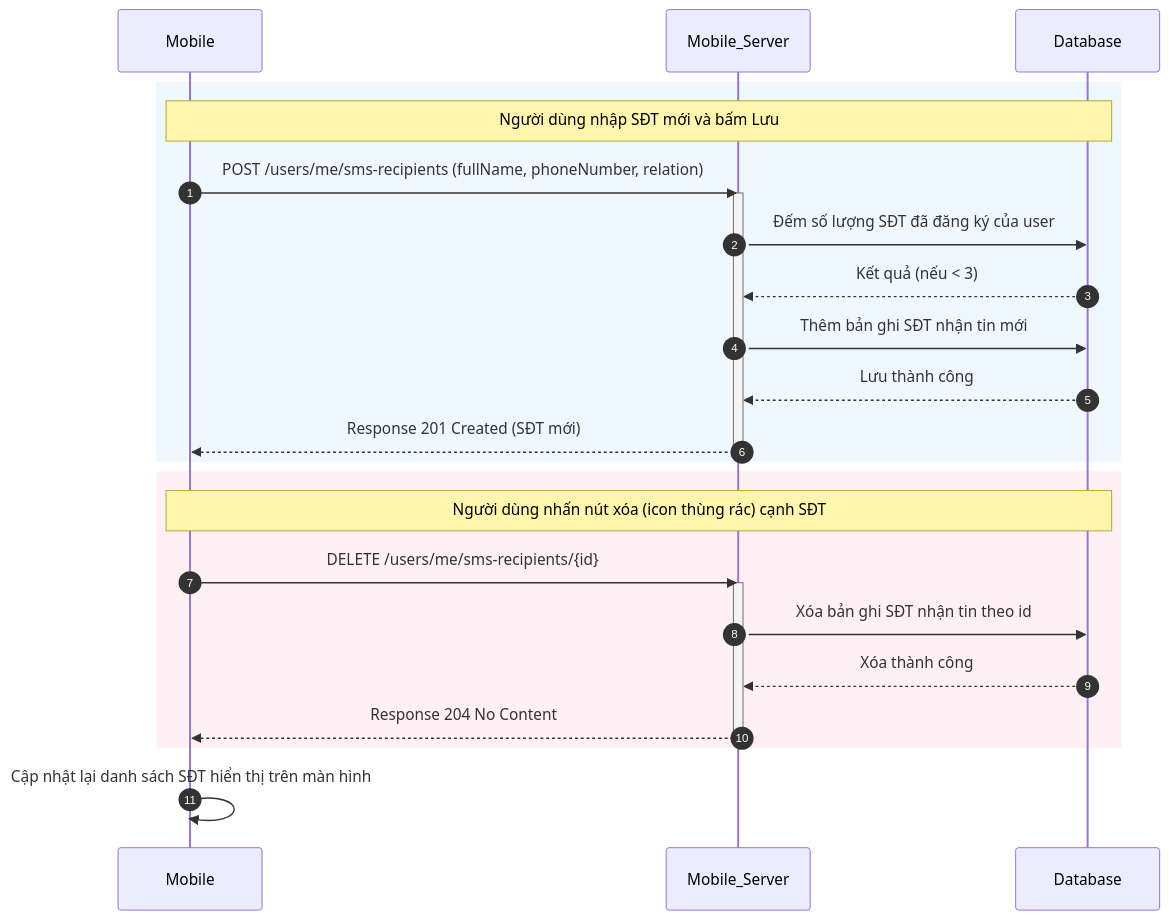
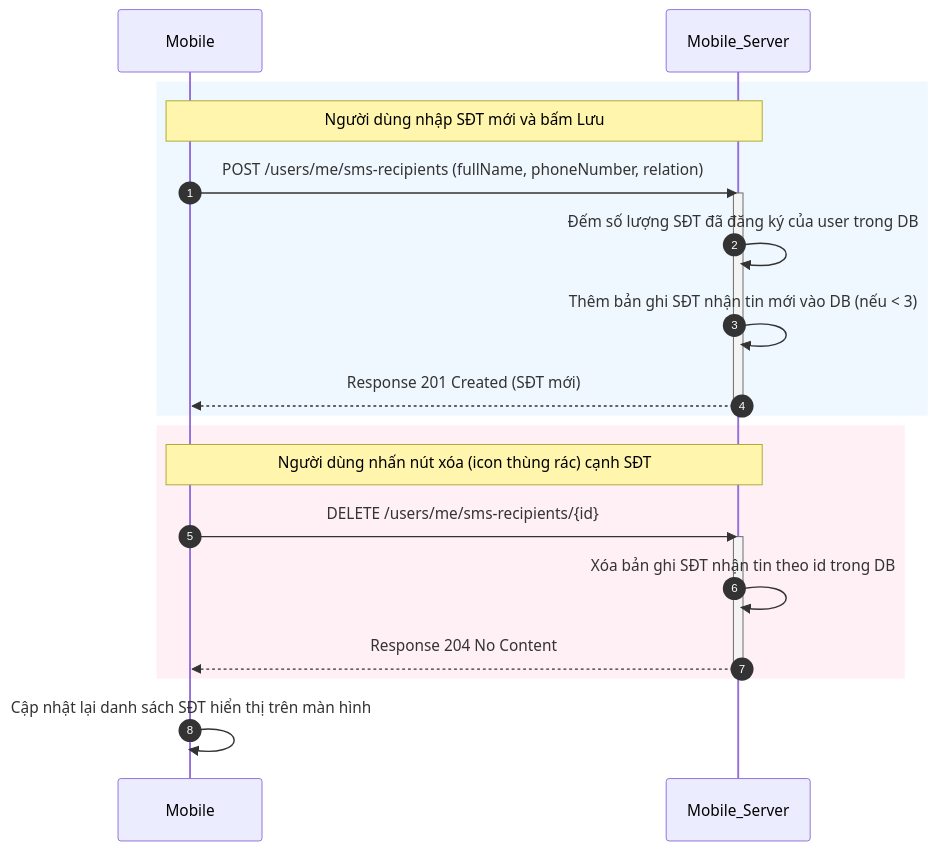
Diagram 16 of 18 in docs/04-sequence-diagram.md (trungnguyenthien/Wildlife-Warning-and-Deterrence-System), drawn with Mermaid before and after one commit. The commit also changed other lines of this file, not shown here.

Commit message:
docs: update sequence diagram to reflect latest system flow refinements

````diff
--- a/docs/04-sequence-diagram.md
+++ b/docs/04-sequence-diagram.md
@@ -768,32 +658,28 @@
 ```mermaid
 sequenceDiagram
     autonumber
     participant Mobile as Mobile
     participant Mobile_Server as Mobile_Server
-    participant Database as Database
 
     %% THÊM SĐT
     rect rgb(240, 248, 255)
-        Note over Mobile, Database: Người dùng nhập SĐT mới và bấm Lưu
+        Note over Mobile, Mobile_Server: Người dùng nhập SĐT mới và bấm Lưu
         Mobile->>Mobile_Server: POST /users/me/sms-recipients (fullName, phoneNumber, relation)
         activate Mobile_Server
-        Mobile_Server->>Database: Đếm số lượng SĐT đã đăng ký của user
-        Database-->>Mobile_Server: Kết quả (nếu < 3)
-        Mobile_Server->>Database: Thêm bản ghi SĐT nhận tin mới
-        Database-->>Mobile_Server: Lưu thành công
+        Mobile_Server->>Mobile_Server: Đếm số lượng SĐT đã đăng ký của user trong DB
+        Mobile_Server->>Mobile_Server: Thêm bản ghi SĐT nhận tin mới vào DB (nếu < 3)
         Mobile_Server-->>Mobile: Response 201 Created (SĐT mới)
         deactivate Mobile_Server
     end
 
     %% XÓA SĐT
     rect rgb(255, 240, 245)
-        Note over Mobile, Database: Người dùng nhấn nút xóa (icon thùng rác) cạnh SĐT
+        Note over Mobile, Mobile_Server: Người dùng nhấn nút xóa (icon thùng rác) cạnh SĐT
         Mobile->>Mobile_Server: DELETE /users/me/sms-recipients/{id}
         activate Mobile_Server
-        Mobile_Server->>Database: Xóa bản ghi SĐT nhận tin theo id
-        Database-->>Mobile_Server: Xóa thành công
+        Mobile_Server->>Mobile_Server: Xóa bản ghi SĐT nhận tin theo id trong DB
         Mobile_Server-->>Mobile: Response 204 No Content
         deactivate Mobile_Server
     end
     Mobile->>Mobile: Cập nhật lại danh sách SĐT hiển thị trên màn hình
 ```
````
